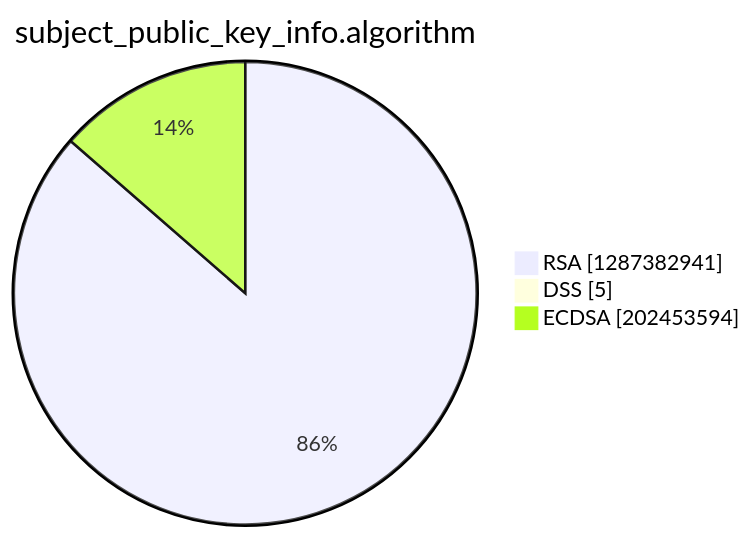
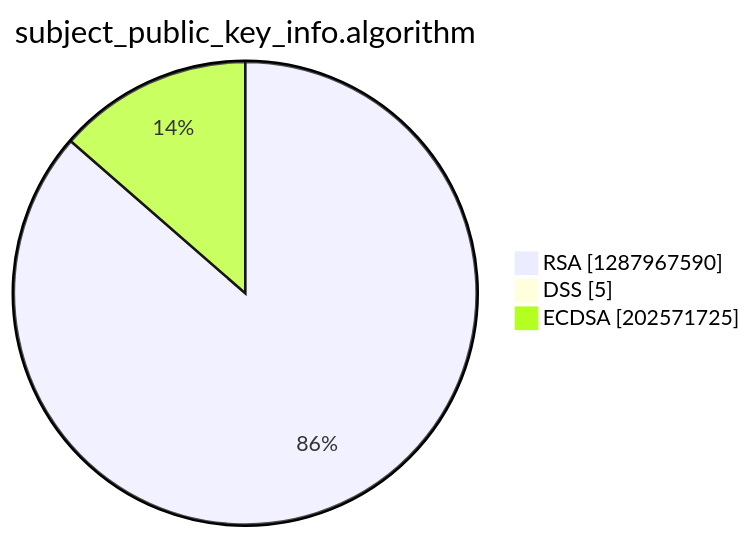
Before and after one commit to christiankrug/ctmonitor_visualization: the third of 15 diagrams in argon2022/README.md, drawn with Mermaid. The commit also changed other lines of this file, not shown here.

````diff
--- a/argon2022/README.md
+++ b/argon2022/README.md
@@ -14,7 +14,7 @@
 ```mermaid
 pie showData
 title subject_public_key_info.algorithm
-"RSA" :1287382941
+"RSA" :1287967590
 "DSS" :5
-"ECDSA" :202453594
+"ECDSA" :202571725
 ```
````
